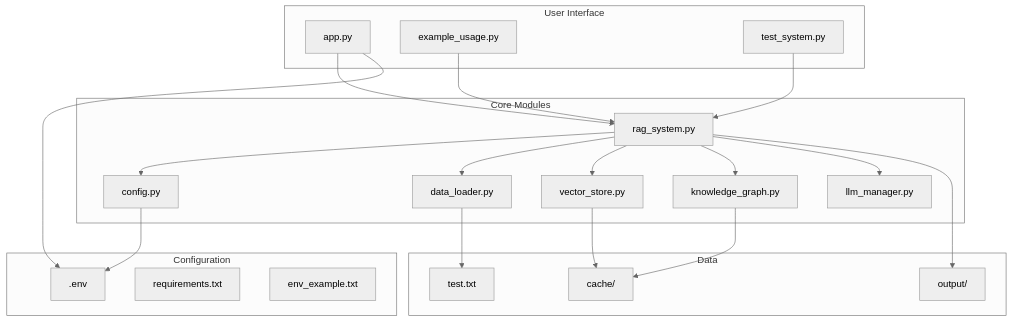
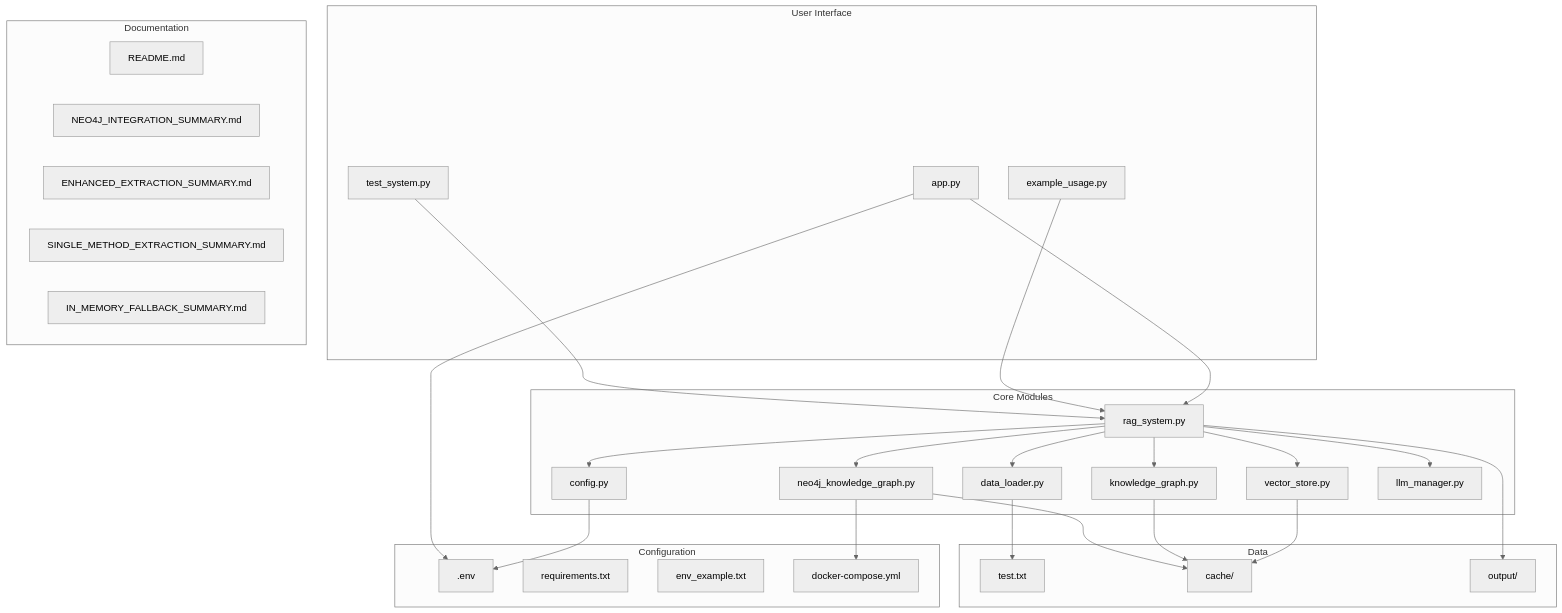
The seventh of 7 diagrams in system_flow_diagram.md (saurabh-chatterjee/employee_directory_search), drawn with Mermaid (neutral theme) before and after one commit. The commit also changed other lines of this file and 2 other files, not shown here.

Commit message:
Update system flow diagram

````diff
--- a/system_flow_diagram.md
+++ b/system_flow_diagram.md
@@ -269,47 +407,60 @@
 ```mermaid
 graph TD
     subgraph "Core Modules"
         CONFIG[config.py]
         RAG[rag_system.py]
         DATA[data_loader.py]
         VECTOR[vector_store.py]
         KG[knowledge_graph.py]
+        NEO4J_KG[neo4j_knowledge_graph.py]
         LLM[llm_manager.py]
     end
     
     subgraph "User Interface"
         APP[app.py]
         CLI[example_usage.py]
         TEST[test_system.py]
     end
     
     subgraph "Configuration"
         ENV[.env]
         REQ[requirements.txt]
         ENV_EX[env_example.txt]
+        DOCKER[docker-compose.yml]
     end
     
     subgraph "Data"
         TEST_TXT[test.txt]
         CACHE[cache/]
         OUTPUT[output/]
+    end
+    
+    subgraph "Documentation"
+        README[README.md]
+        NEO4J_SUMMARY[NEO4J_INTEGRATION_SUMMARY.md]
+        EXTRACTION_SUMMARY[ENHANCED_EXTRACTION_SUMMARY.md]
+        SINGLE_METHOD[SINGLE_METHOD_EXTRACTION_SUMMARY.md]
+        IN_MEMORY[IN_MEMORY_FALLBACK_SUMMARY.md]
     end
     
     APP --> RAG
     CLI --> RAG
     TEST --> RAG
     
     RAG --> CONFIG
     RAG --> DATA
     RAG --> VECTOR
     RAG --> KG
+    RAG --> NEO4J_KG
     RAG --> LLM
     
     DATA --> TEST_TXT
     VECTOR --> CACHE
     KG --> CACHE
+    NEO4J_KG --> CACHE
     RAG --> OUTPUT
     
     CONFIG --> ENV
     APP --> ENV
+    NEO4J_KG --> DOCKER
 ```
````
